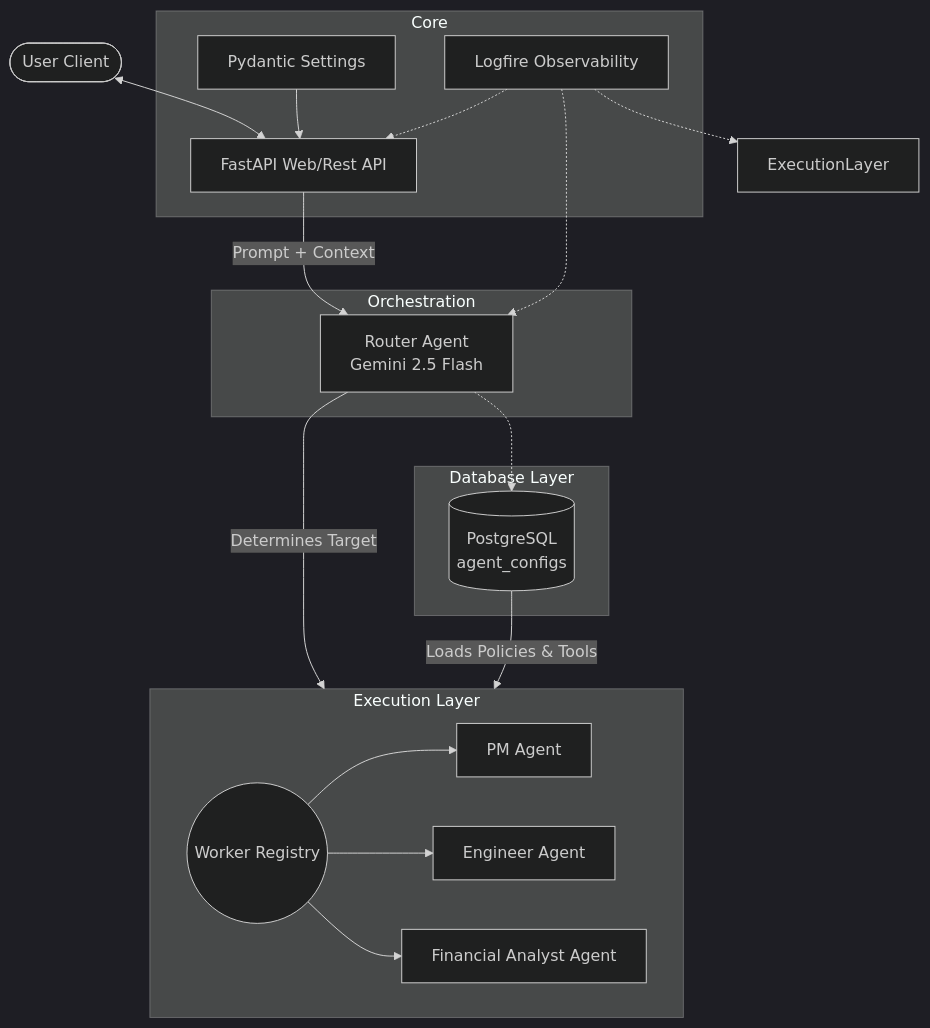
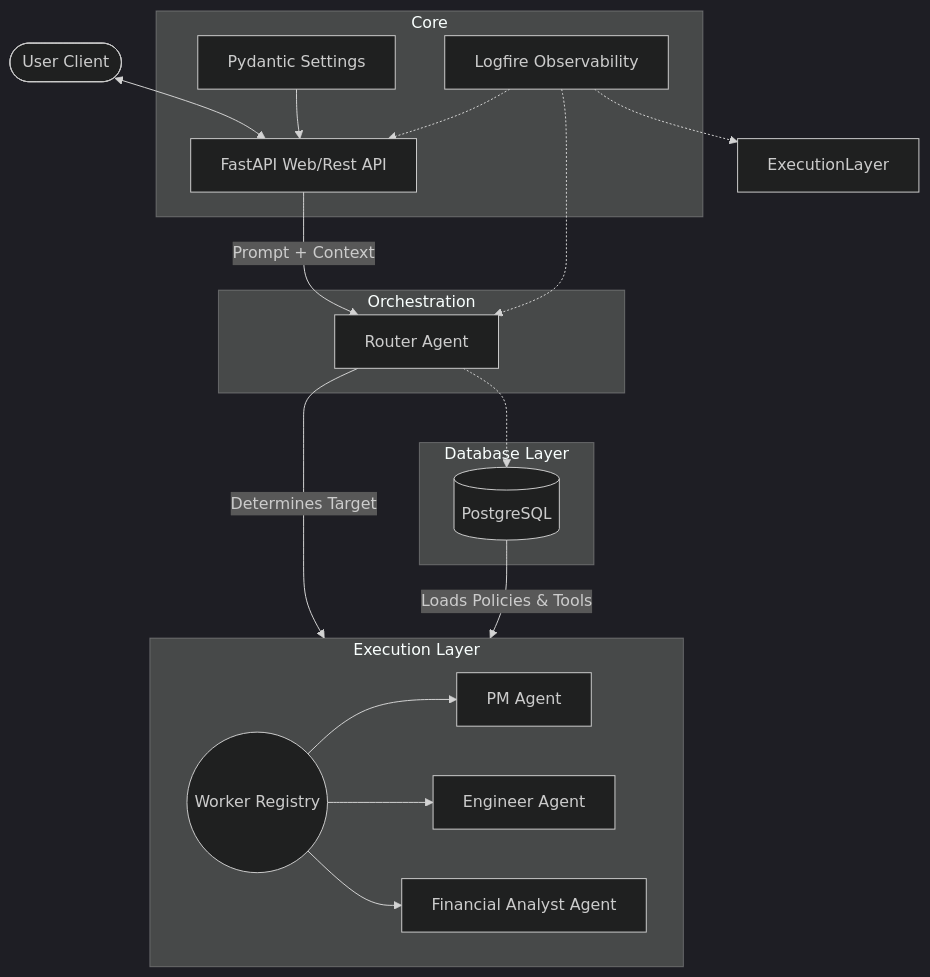
Before and after one commit to jeremyseow/agent-router: the first of 2 diagrams in README.md, drawn with Mermaid (dark theme). The commit also changed other lines of this file and 12 other files, not shown here.

````diff
--- a/README.md
+++ b/README.md
@@ -16,40 +16,40 @@
 ```mermaid
 graph TD
     User([User Client]) <--> API[FastAPI Web/Rest API]
     
     subgraph Core
         API
         Config[Pydantic Settings]
         Obs[Logfire Observability]
     end
 
     subgraph Orchestration
-        Router[Router Agent\nGemini 2.5 Flash]
+        Router[Router Agent]
     end
 
     subgraph Execution Layer
         direction LR
         Registry((Worker Registry))
         PM[PM Agent]
         Eng[Engineer Agent]
         FA[Financial Analyst Agent]
     end
 
     subgraph Database Layer
-        ConfigDB[(PostgreSQL\nagent_configs)]
+        ConfigDB[(PostgreSQL)]
     end
 
     API -->|Prompt + Context| Router
     Config --> API
     Obs -.-> API
     Obs -.-> Router
     Obs -.-> ExecutionLayer
     
     Router -->|Determines Target| Registry
     Registry --> PM
     Registry --> Eng
     Registry --> FA
     
     ConfigDB -->|Loads Policies & Tools| Registry
     Router -.-> ConfigDB
 ```
````
